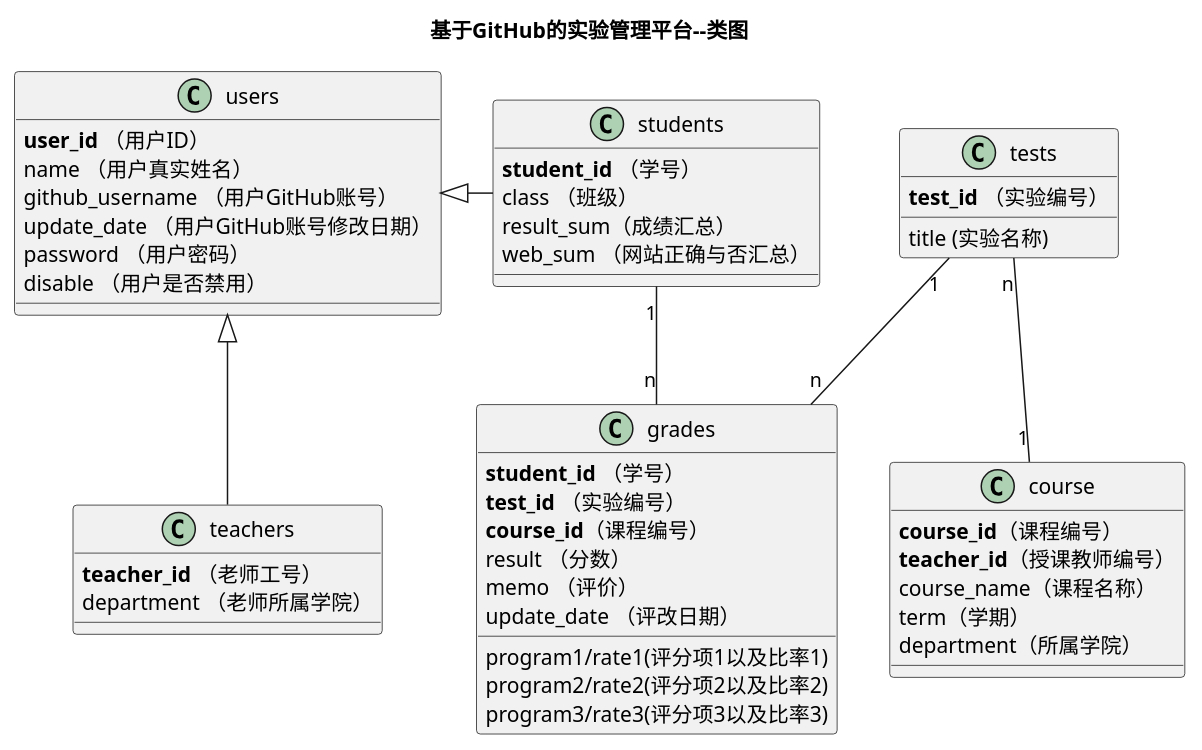
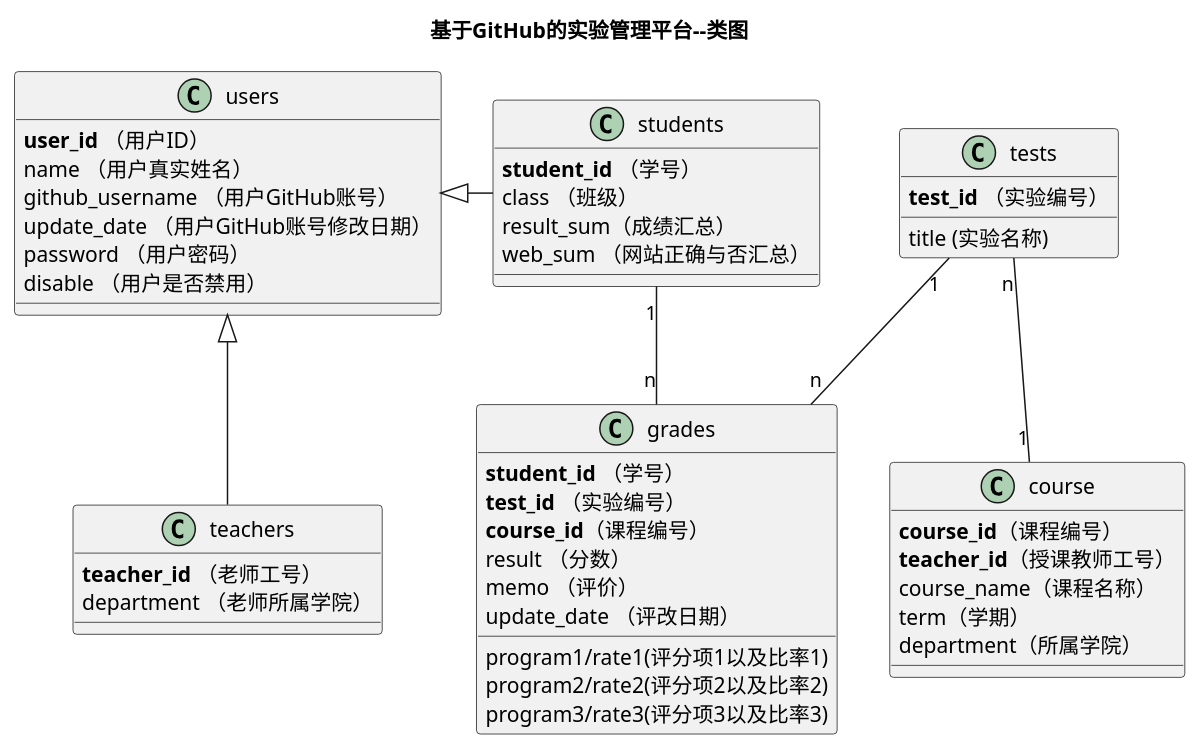
The diagram in test6/class.puml (z915287285/is_analysis), drawn with PlantUML before and after one commit. The commit also changed 2 other files, not shown here.

```diff
--- a/test6/class.puml
+++ b/test6/class.puml
@@ -1,51 +1,51 @@
 @startuml
 title 基于GitHub的实验管理平台--类图
 class users {
     <b>user_id</b> （用户ID）
     name （用户真实姓名）
     github_username （用户GitHub账号）
     update_date （用户GitHub账号修改日期）
     password （用户密码）
     disable （用户是否禁用）
 }
 class teachers{
     <b>teacher_id</b> （老师工号）
     department （老师所属学院）
 }
 class students{
     <b>student_id</b> （学号）
     class （班级）
     result_sum（成绩汇总）
     web_sum （网站正确与否汇总）
 }
 users <|- students
 users <|-- teachers
 class grades {
     <b>student_id</b> （学号）
     <b>test_id</b> （实验编号）
     <b>course_id</b>（课程编号）
     program1/rate1(评分项1以及比率1)
     program2/rate2(评分项2以及比率2)
     program3/rate3(评分项3以及比率3)
     result （分数）
     memo （评价）
     update_date （评改日期）
 }
 
 class tests {
     <b>test_id</b> （实验编号）
     title (实验名称)
 }
 class course{
     <b>course_id</b>（课程编号）
-    <b>teacher_id</b>（授课教师编号）
+    <b>teacher_id</b>（授课教师工号）
     course_name（课程名称）
     term（学期）
     department（所属学院）
 }
 
 students "1" -- "n"  grades
 tests "1" -- "n"  grades
 tests "n" -- "1" course
 
 @enduml
```
